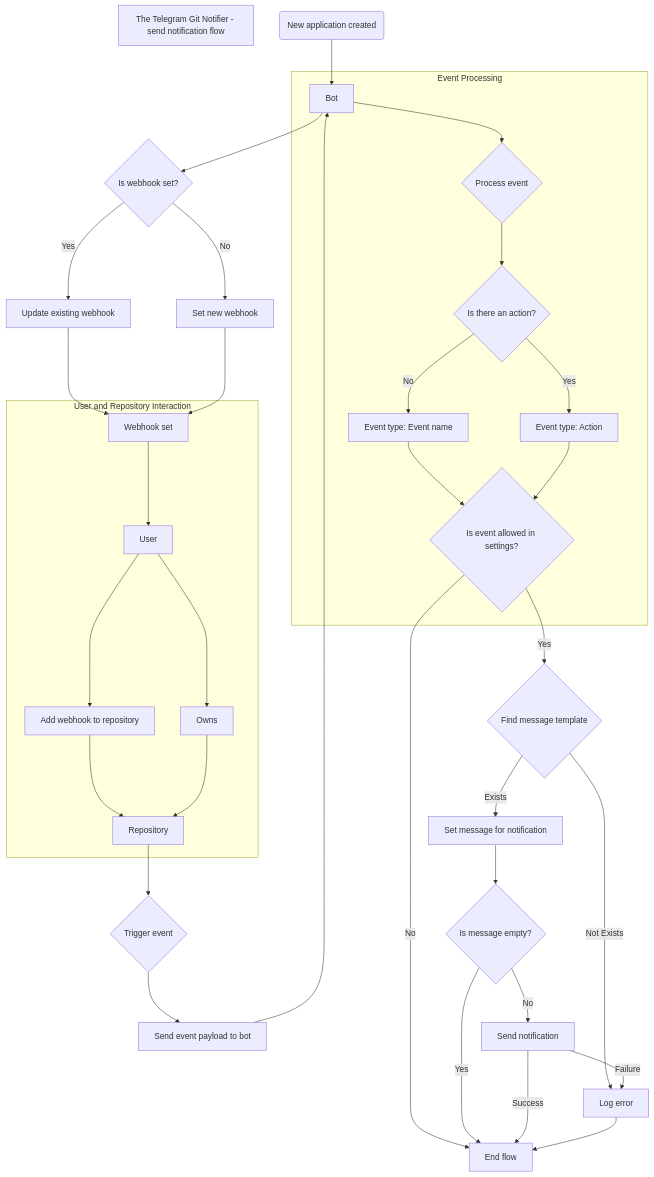
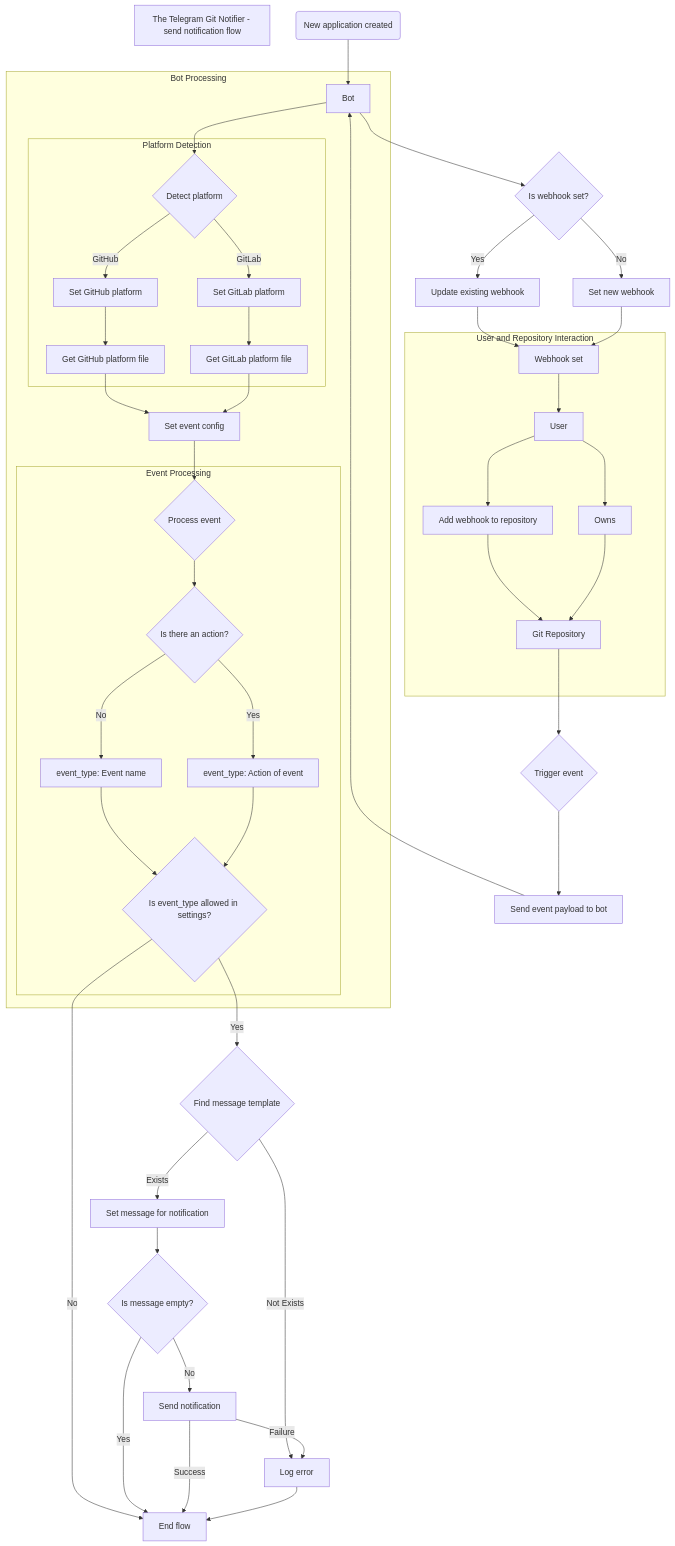
Before and after one commit to cslant/laravel-telegram-git-notifier: the second of 2 diagrams in docs/send-notification-flow.md, drawn with Mermaid.

Commit message:
docs: add the platform detection in the flowchart

````diff
--- a/docs/send-notification-flow.md
+++ b/docs/send-notification-flow.md
@@ -118,44 +118,58 @@
 ```mermaid
 flowchart TD
     title[The Telegram Git Notifier - send notification flow]
     application(New application created)
     application --> bot[Bot created]
     bot[Bot]
     bot --> webhookCheck{Is webhook set?}
     webhookCheck -->|No| setNewWebhook[Set new webhook]
     webhookCheck -->|Yes| updateWebhook[Update existing webhook]
     updateWebhook --> webhook[Webhook updated]
     setNewWebhook --> webhook[Webhook set]
 
     subgraph "User and Repository Interaction"
         webhook --> user[User]
         user --> addWebhookToRepo[Add webhook to repository]
-        addWebhookToRepo --> repository[Repository]
+        addWebhookToRepo --> repository[Git Repository]
         user --> ownsRepo[Owns]
         ownsRepo --> repository
     end
 
     repository --> triggerEvent{Trigger event}
     triggerEvent --> sendPayload[Send event payload to bot]
     sendPayload --> bot
 
-    subgraph "Event Processing"
-        bot --> processEvent{Process event}
-        processEvent --> checkAction{Is there an action?}
-        checkAction -->|Yes| actionMessage[Event type: Action]
-        checkAction -->|No| eventNameMessage[Event type: Event name]
-        eventNameMessage --> checkSettings{Is event allowed in settings?}
-        actionMessage --> checkSettings
+    subgraph "Bot Processing"
+        bot --> detectPlatform{Detect platform}
+
+        subgraph "Platform Detection"
+            detectPlatform -->|GitHub| setGithubPlatform[Set GitHub platform]
+            detectPlatform -->|GitLab| setGitlabPlatform[Set GitLab platform]
+            setGithubPlatform --> getGithubPlatformFile[Get GitHub platform file]
+            setGitlabPlatform --> getGitlabPlatformFile[Get GitLab platform file]
+        end
+
+        getGithubPlatformFile --> setEventConfig[Set event config]
+        getGitlabPlatformFile --> setEventConfig[Set event config]
+        setEventConfig --> processEvent{Process event}
+
+        subgraph "Event Processing"
+            processEvent --> checkAction{Is there an action?}
+            checkAction -->|Yes| actionMessage[event_type: Action of event]
+            checkAction -->|No| eventNameMessage[event_type: Event name]
+            eventNameMessage --> checkSettings{Is event_type allowed in settings?}
+            actionMessage --> checkSettings
+        end
     end
 
     checkSettings -->|Yes| findTemplate{Find message template}
     checkSettings -->|No| endFlow[End flow]
     findTemplate -->|Exists| setMessage[Set message for notification]
     findTemplate -->|Not Exists| log[Log error]
     setMessage --> checkMessage{Is message empty?}
     checkMessage -->|Yes| endFlow[End flow]
     checkMessage -->|No| sendNotification[Send notification]
     sendNotification -->|Success| endFlow[End flow]
     sendNotification -->|Failure| log[Log error]
     log --> endFlow
 ```
````
